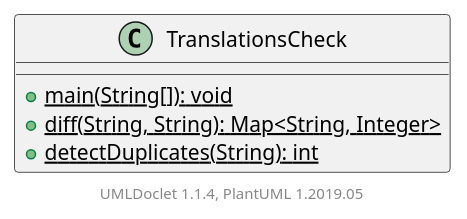
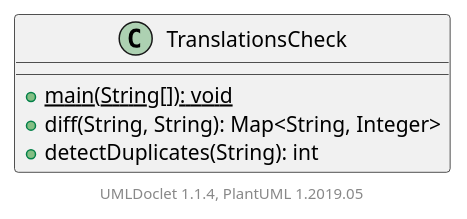
The diagram in apidocs/2.11.0.M7-SNAPSHOT/org/apache/wiki/TranslationsCheck.puml (apache/jspwiki-site), drawn with PlantUML before and after one commit. The commit also changed 1830 other files, not shown here.

```diff
--- a/apidocs/2.11.0.M7-SNAPSHOT/org/apache/wiki/TranslationsCheck.puml
+++ b/apidocs/2.11.0.M7-SNAPSHOT/org/apache/wiki/TranslationsCheck.puml
@@ -1,11 +1,11 @@
 @startuml
 
     class TranslationsCheck [[TranslationsCheck.html]] {
         {static} +main(String[]): void
-        {static} +diff(String, String): Map<String, Integer>
-        {static} +detectDuplicates(String): int
+        +diff(String, String): Map<String, Integer>
+        +detectDuplicates(String): int
     }
 
 
     center footer UMLDoclet 1.1.4, PlantUML 1.2019.05
 @enduml
```
